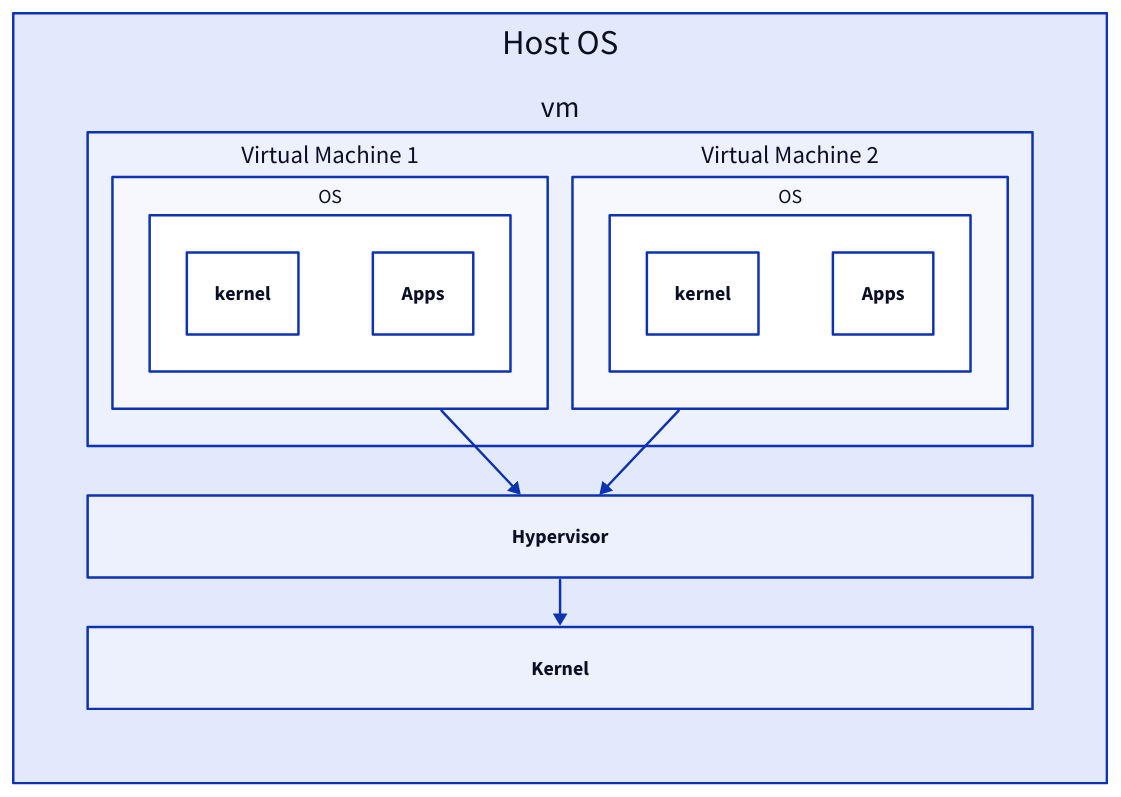
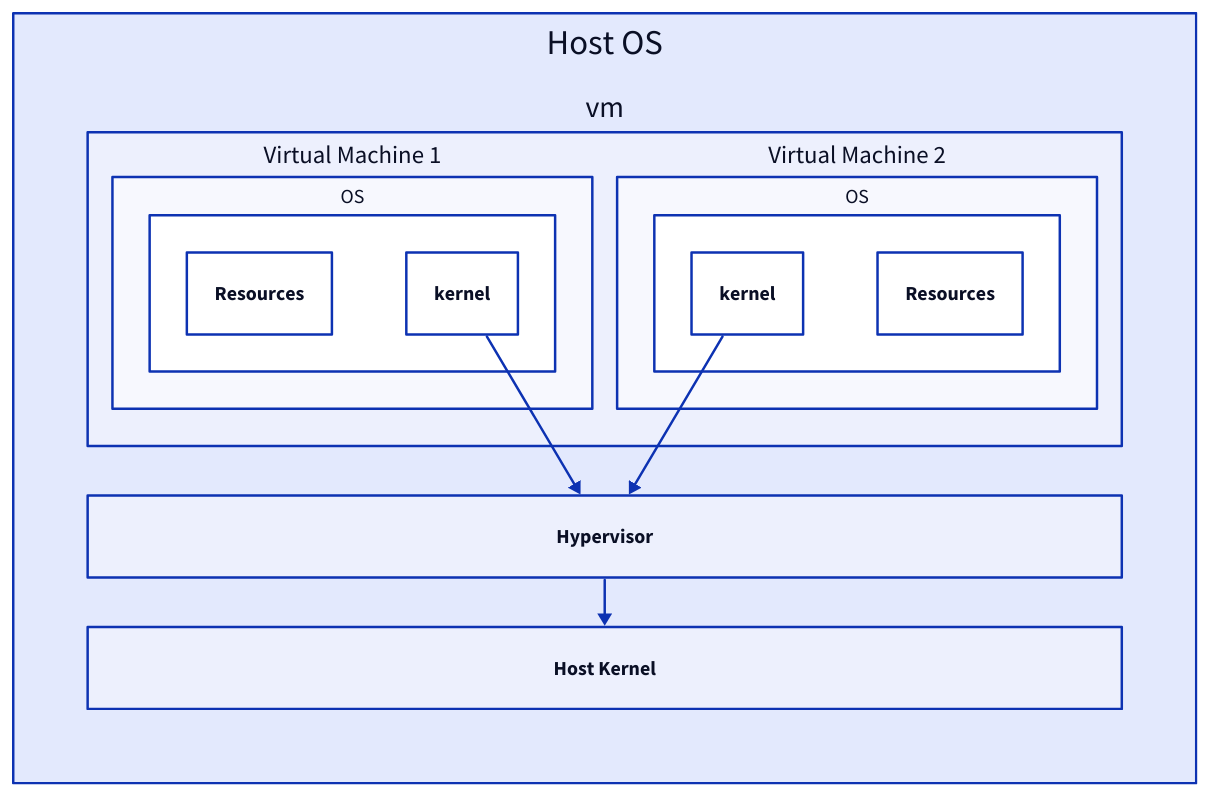
Before and after one commit to link1905/system-design-101: the fourth of 26 diagrams in content/docs/system-administration/system-deployment/containerization.md, drawn with D2. The commit also changed other lines of this file and 21 other files, not shown here.

````diff
--- a/content/docs/system-administration/system-deployment/containerization.md
+++ b/content/docs/system-administration/system-deployment/containerization.md
@@ -122,36 +132,36 @@
 ```d2
 Host OS {
   grid-columns: 1
   vm {
     vm1: Virtual Machine 1 {
       OS {
+        Resources {
+            class: resource
+        }
         k: kernel {
-            class: kernel
-        }
-        Apps {
-            class: process
+            class: gw
         }
       }
     }
     vm2: Virtual Machine 2 {
       OS {
         k: kernel {
-            class: kernel
+            class: gw
         }
-        Apps {
-            class: process
+        Resources {
+            class: resource
         }
       }
     }
   }
   hy: Hypervisor {
     class: process
   }
-  k: Kernel {
-    class: kernel
+  k: Host Kernel {
+    class: gw
   }
-  vm.vm1 -> hy
-  vm.vm2 -> hy
+  vm.vm1.OS.k -> hy
+  vm.vm2.OS.k -> hy
   hy -> k
 }
 ```
````
